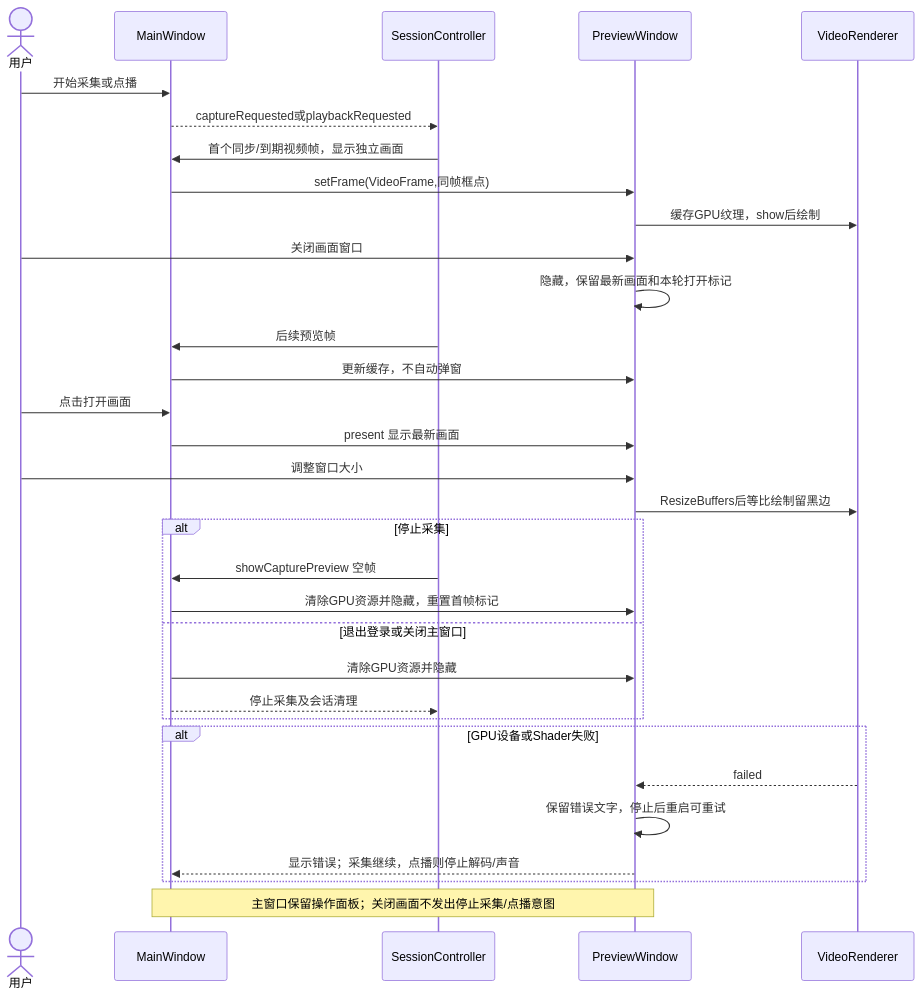
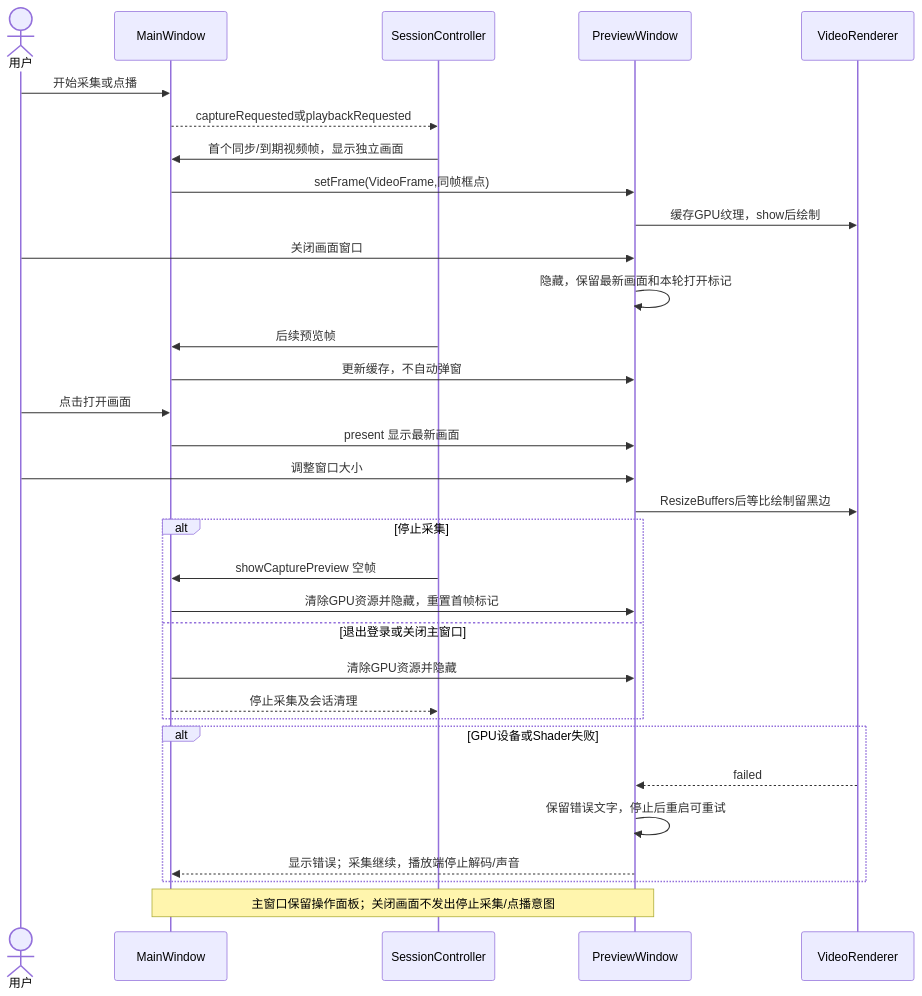
One commit to kingsman-svg/OBS changed the diagram in docs/uml/preview-window.mmd. Above: the diagram before and after it, drawn with Mermaid. The commit also changed 61 other files, not shown here.

```diff
--- a/docs/uml/preview-window.mmd
+++ b/docs/uml/preview-window.mmd
@@ -1,32 +1,32 @@
 sequenceDiagram
 actor U as 用户
 participant V as MainWindow
 participant C as SessionController
 participant P as PreviewWindow
 participant R as VideoRenderer
 U->>V: 开始采集或点播
 V-->>C: captureRequested或playbackRequested
 C->>V: 首个同步/到期视频帧，显示独立画面
 V->>P: setFrame(VideoFrame,同帧框点)
 P->>R: 缓存GPU纹理，show后绘制
 U->>P: 关闭画面窗口
 P->>P: 隐藏，保留最新画面和本轮打开标记
 C->>V: 后续预览帧
 V->>P: 更新缓存，不自动弹窗
 U->>V: 点击打开画面
 V->>P: present 显示最新画面
 U->>P: 调整窗口大小
 P->>R: ResizeBuffers后等比绘制留黑边
 alt 停止采集
 C->>V: showCapturePreview 空帧
 V->>P: 清除GPU资源并隐藏，重置首帧标记
 else 退出登录或关闭主窗口
 V->>P: 清除GPU资源并隐藏
 V-->>C: 停止采集及会话清理
 end
 alt GPU设备或Shader失败
 R-->>P: failed
 P->>P: 保留错误文字，停止后重启可重试
-P-->>V: 显示错误；采集继续，点播则停止解码/声音
+P-->>V: 显示错误；采集继续，播放端停止解码/声音
 end
 Note over V,P: 主窗口保留操作面板；关闭画面不发出停止采集/点播意图
```
